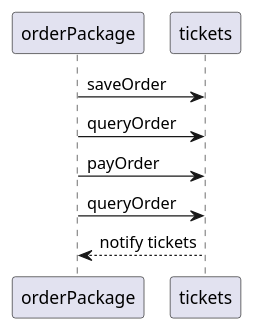
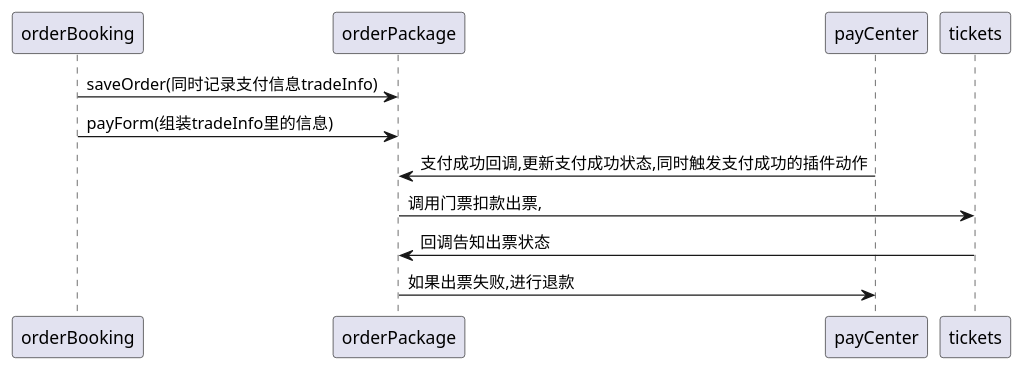
The diagram in src/doc/menpiao/menpiao.puml (StyleTang/self-test), drawn with PlantUML before and after one commit. The commit also changed 27 other files, not shown here.

```diff
--- a/src/doc/menpiao/menpiao.puml
+++ b/src/doc/menpiao/menpiao.puml
@@ -1,7 +1,8 @@
 @startuml
-orderPackage -> tickets: saveOrder
-orderPackage -> tickets: queryOrder
-orderPackage -> tickets: payOrder
-orderPackage -> tickets: queryOrder
-tickets-->orderPackage:notify tickets
+orderBooking -> orderPackage: saveOrder(同时记录支付信息tradeInfo)
+orderBooking -> orderPackage: payForm(组装tradeInfo里的信息)
+payCenter -> orderPackage :支付成功回调,更新支付成功状态,同时触发支付成功的插件动作
+orderPackage -> tickets:调用门票扣款出票,
+tickets->orderPackage:回调告知出票状态
+orderPackage->payCenter:如果出票失败,进行退款
 @enduml
```
